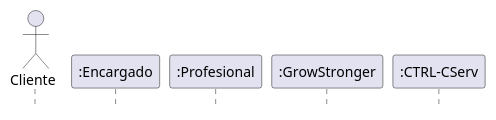
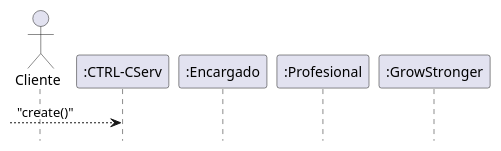
Before and after one commit to Z0SO/UML-Practice: the second of 2 diagrams in Modelo Final/Resolucion de Z0SO.md, drawn with PlantUML.

Commit message:
Z0SO bkp -> 2024-06-30 19:20:46

````diff
--- a/Modelo Final/Resolucion de Z0SO.md
+++ b/Modelo Final/Resolucion de Z0SO.md
@@ -81,25 +82,17 @@
 ```plantuml
-
 @startuml
 ' escondiendo el footbox
 hide footbox
 
+
+
 actor "Cliente" as cliente
-
+participant ":CTRL-CServ" as ctrlC
+--> ctrlC : "create()"
 
 participant ":Encargado" as enc
 participant ":Profesional" as prof
-
 participant ":GrowStronger" as GS
 
-
-
-participant ":CTRL-CServ" as ctrlC
-
-
-
-
-
 @enduml
-
 ```
````
